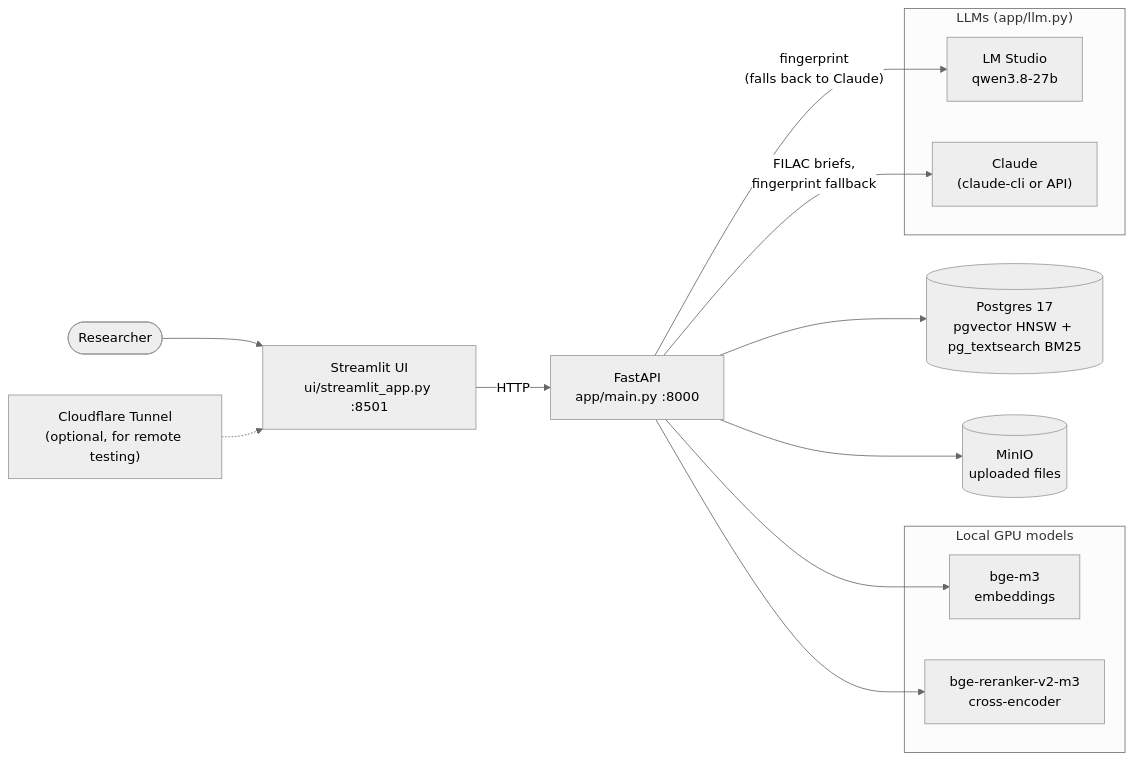
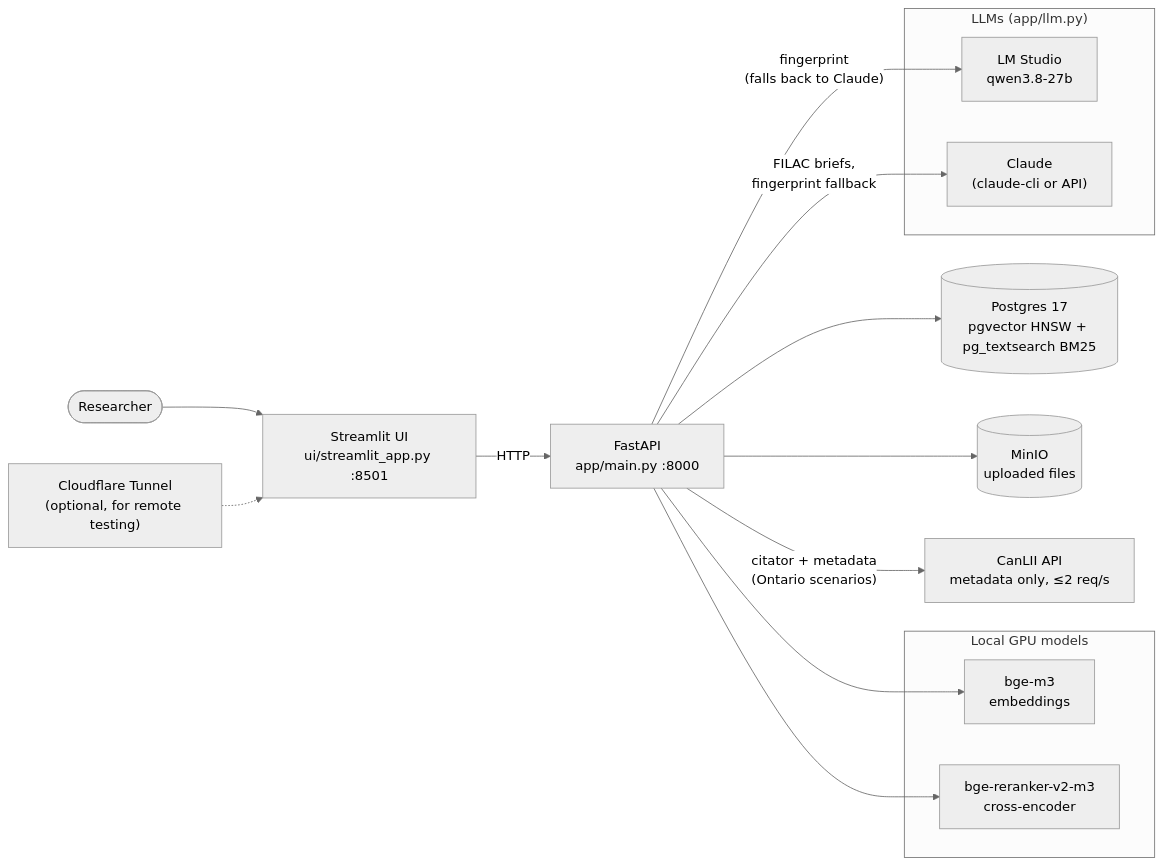
Before and after one commit to Kevinwen1999/LawSearch: the first of 3 diagrams in README.md, drawn with Mermaid (neutral theme). The commit also changed other lines of this file and 11 other files, not shown here.

First line of the commit message:
Phase 8: CanLII-detected ONSC/tribunal candidates

````diff
--- a/README.md
+++ b/README.md
@@ -11,22 +11,23 @@
 ```mermaid
 flowchart LR
     user(["Researcher"]) --> ui["Streamlit UI<br/>ui/streamlit_app.py :8501"]
     tunnel["Cloudflare Tunnel<br/>(optional, for remote testing)"] -.-> ui
     ui -- HTTP --> api["FastAPI<br/>app/main.py :8000"]
 
     subgraph gpu["Local GPU models"]
         emb["bge-m3<br/>embeddings"]
         rr["bge-reranker-v2-m3<br/>cross-encoder"]
     end
 
     subgraph llm["LLMs (app/llm.py)"]
         local["LM Studio<br/>qwen3.8-27b"]
         claude["Claude<br/>(claude-cli or API)"]
     end
 
     api --> emb & rr
     api -- "fingerprint<br/>(falls back to Claude)" --> local
     api -- "FILAC briefs,<br/>fingerprint fallback" --> claude
     api --> pg[("Postgres 17<br/>pgvector HNSW + pg_textsearch BM25")]
     api --> minio[("MinIO<br/>uploaded files")]
+    api -- "citator + metadata<br/>(Ontario scenarios)" --> canlii["CanLII API<br/>metadata only, ≤2 req/s"]
 ```
````
